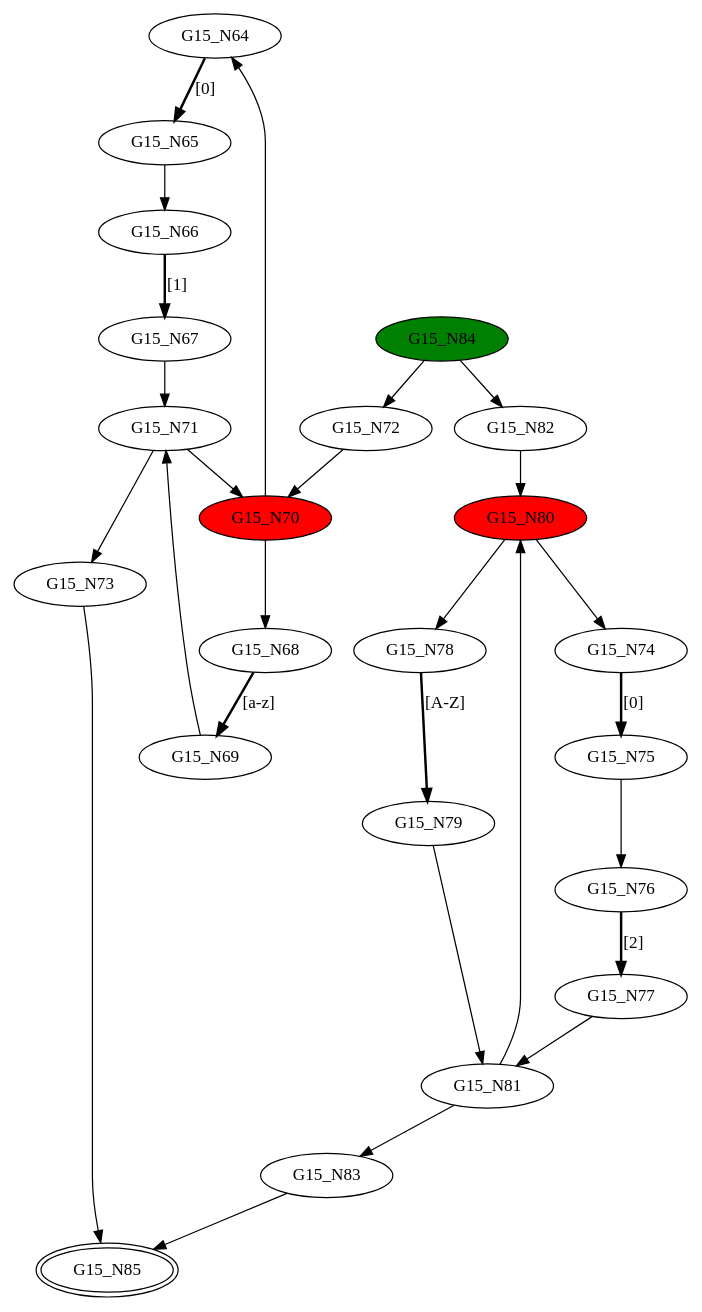
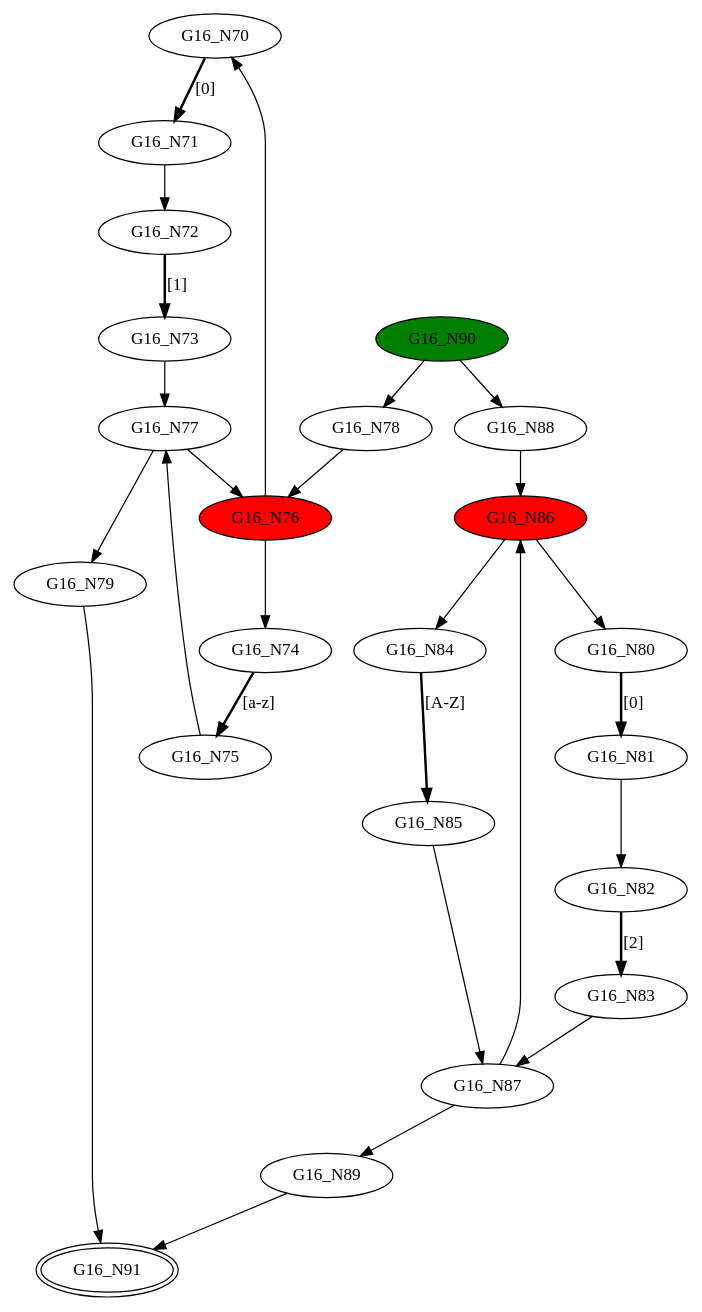
One commit to GDimitroulakos/EDUFLEX changed the diagram in DFASimulator/Testbench/merge2.dot. Above: the diagram before and after it, drawn with Graphviz. The commit also changed 56 other files, not shown here.

Commit message:
Thompson Reporting graphs have been enchanced with closure color indication

```diff
--- a/DFASimulator/Testbench/merge2.dot
+++ b/DFASimulator/Testbench/merge2.dot
@@ -1,50 +1,50 @@
-digraph G15{
-"G15_N64";
-"G15_N65";
-"G15_N66";
-"G15_N67";
-"G15_N68";
-"G15_N69";
-"G15_N70" [style=filled,fillcolor=red];
-"G15_N71";
-"G15_N72";
-"G15_N73";
-"G15_N74";
-"G15_N75";
-"G15_N76";
-"G15_N77";
-"G15_N78";
-"G15_N79";
-"G15_N80" [style=filled,fillcolor=red];
-"G15_N81";
-"G15_N82";
-"G15_N83";
-"G15_N84" [style=filled,fillcolor=green];
-"G15_N85" [peripheries=2];
-"G15_N64"->"G15_N65" [style = bold, label = "[0]"];
-"G15_N66"->"G15_N67" [style = bold, label = "[1]"];
-"G15_N65"->"G15_N66";
-"G15_N68"->"G15_N69" [style = bold, label = "[a-z]"];
-"G15_N70"->"G15_N64";
-"G15_N70"->"G15_N68";
-"G15_N69"->"G15_N71";
-"G15_N67"->"G15_N71";
-"G15_N72"->"G15_N70";
-"G15_N71"->"G15_N73";
-"G15_N71"->"G15_N70";
-"G15_N74"->"G15_N75" [style = bold, label = "[0]"];
-"G15_N76"->"G15_N77" [style = bold, label = "[2]"];
-"G15_N75"->"G15_N76";
-"G15_N78"->"G15_N79" [style = bold, label = "[A-Z]"];
-"G15_N80"->"G15_N74";
-"G15_N80"->"G15_N78";
-"G15_N79"->"G15_N81";
-"G15_N77"->"G15_N81";
-"G15_N82"->"G15_N80";
-"G15_N81"->"G15_N83";
-"G15_N81"->"G15_N80";
-"G15_N84"->"G15_N72";
-"G15_N84"->"G15_N82";
-"G15_N83"->"G15_N85";
-"G15_N73"->"G15_N85";
+digraph G16{
+"G16_N70";
+"G16_N71";
+"G16_N72";
+"G16_N73";
+"G16_N74";
+"G16_N75";
+"G16_N76" [style=filled,fillcolor=red];
+"G16_N77";
+"G16_N78";
+"G16_N79";
+"G16_N80";
+"G16_N81";
+"G16_N82";
+"G16_N83";
+"G16_N84";
+"G16_N85";
+"G16_N86" [style=filled,fillcolor=red];
+"G16_N87";
+"G16_N88";
+"G16_N89";
+"G16_N90" [style=filled,fillcolor=green];
+"G16_N91" [peripheries=2];
+"G16_N70"->"G16_N71" [style = bold, label = "[0]"];
+"G16_N72"->"G16_N73" [style = bold, label = "[1]"];
+"G16_N71"->"G16_N72";
+"G16_N74"->"G16_N75" [style = bold, label = "[a-z]"];
+"G16_N76"->"G16_N70";
+"G16_N76"->"G16_N74";
+"G16_N75"->"G16_N77";
+"G16_N73"->"G16_N77";
+"G16_N78"->"G16_N76";
+"G16_N77"->"G16_N79";
+"G16_N77"->"G16_N76";
+"G16_N80"->"G16_N81" [style = bold, label = "[0]"];
+"G16_N82"->"G16_N83" [style = bold, label = "[2]"];
+"G16_N81"->"G16_N82";
+"G16_N84"->"G16_N85" [style = bold, label = "[A-Z]"];
+"G16_N86"->"G16_N80";
+"G16_N86"->"G16_N84";
+"G16_N85"->"G16_N87";
+"G16_N83"->"G16_N87";
+"G16_N88"->"G16_N86";
+"G16_N87"->"G16_N89";
+"G16_N87"->"G16_N86";
+"G16_N90"->"G16_N78";
+"G16_N90"->"G16_N88";
+"G16_N89"->"G16_N91";
+"G16_N79"->"G16_N91";
 }
```
